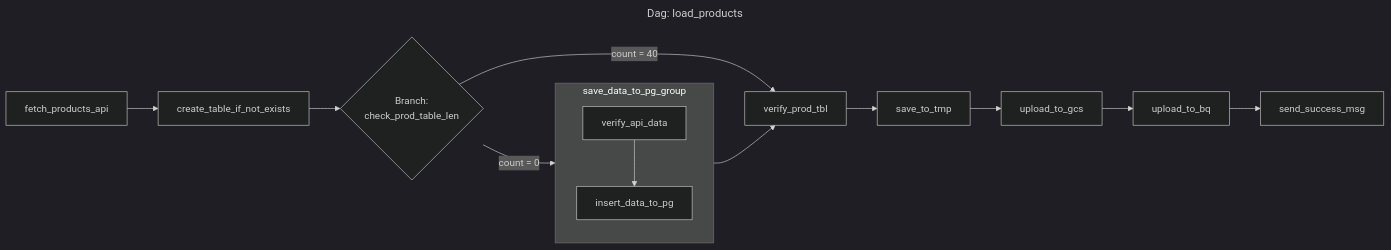
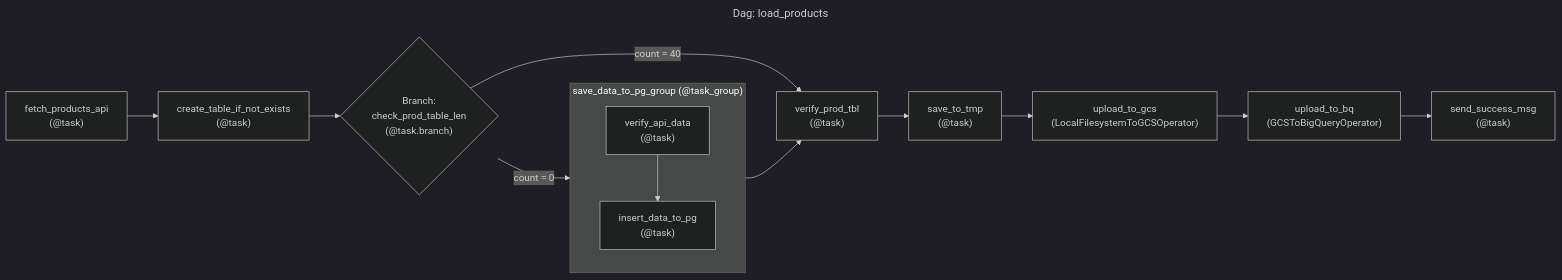
One commit to candychen00/faker-ecom-project__airflow_dbt changed the second of 5 diagrams in airflow/README.md. Above: the diagram before and after it, drawn with Mermaid (dark theme). The commit also changed other lines of this file, not shown here.

````diff
--- a/airflow/README.md
+++ b/airflow/README.md
@@ -105,18 +105,18 @@
 ```mermaid
 ---
 title: "Dag: load_products"
 ---
 flowchart LR
-    A[fetch_products_api] --> B[create_table_if_not_exists]
-    B --> C{Branch: <br>check_prod_table_len}
+    A["fetch_products_api<br>(@task)"] --> B["create_table_if_not_exists<br>(@task)"]
+    B --> C{"Branch: <br>check_prod_table_len<br>(@task.branch)"}
     C -- "count = 0" --> G
-    subgraph G[save_data_to_pg_group]
-        G1[verify_api_data] --> G2[insert_data_to_pg]
+    subgraph G["save_data_to_pg_group (@task_group)"]
+        G1["verify_api_data<br>(@task)"] --> G2["insert_data_to_pg<br>(@task)"]
     end
     C -- "count = 40" --> D
-    G --> D[verify_prod_tbl]
-    D --> E[save_to_tmp]
-    E --> F[upload_to_gcs]
-    F --> H[upload_to_bq]
-    H --> I[send_success_msg]
+    G --> D["verify_prod_tbl<br>(@task)"]
+    D --> E["save_to_tmp<br>(@task)"]
+    E --> F["upload_to_gcs<br>(LocalFilesystemToGCSOperator)"]
+    F --> H["upload_to_bq<br>(GCSToBigQueryOperator)"]
+    H --> I["send_success_msg<br>(@task)"]
 ```
````
